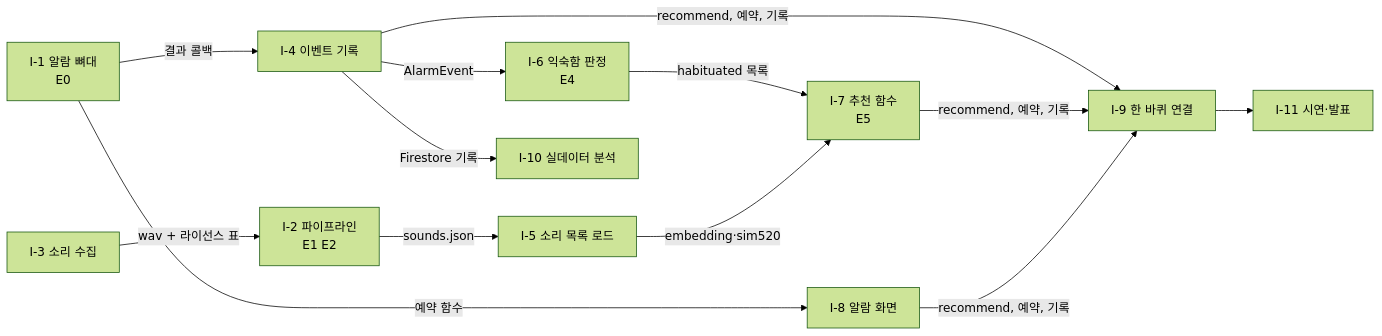
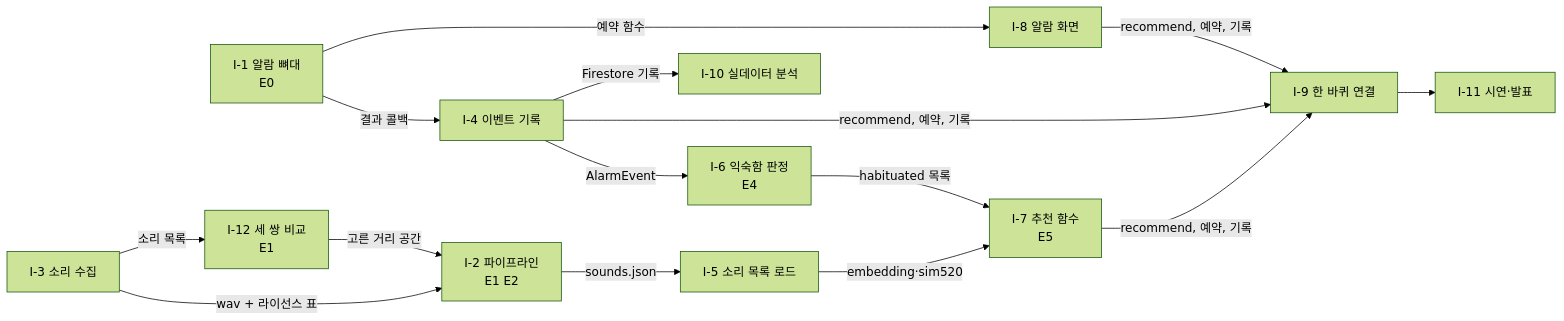
Before and after one commit to lyw012012-cpu/appa-anjanda: the diagram in docs/issues-draft.md, drawn with Mermaid (forest theme). The commit also changed other lines of this file and 3 other files, not shown here.

````diff
--- a/docs/issues-draft.md
+++ b/docs/issues-draft.md
@@ -24,13 +24,15 @@
 ```mermaid
 flowchart LR
   I1[I-1 알람 뼈대<br/>E0] -->|결과 콜백| I4[I-4 이벤트 기록]
   I1 -->|예약 함수| I8[I-8 알람 화면]
   I3[I-3 소리 수집] -->|wav + 라이선스 표| I2[I-2 파이프라인<br/>E1 E2]
+  I3 -->|소리 목록| I12[I-12 세 쌍 비교<br/>E1]
+  I12 -->|고른 거리 공간| I2
   I2 -->|sounds.json| I5[I-5 소리 목록 로드]
   I4 -->|AlarmEvent| I6[I-6 익숙함 판정<br/>E4]
   I6 -->|habituated 목록| I7[I-7 추천 함수<br/>E5]
   I5 -->|embedding·sim520| I7
   I4 & I7 & I8 -->|recommend, 예약, 기록| I9[I-9 한 바퀴 연결]
   I4 -->|Firestore 기록| I10[I-10 실데이터 분석]
   I9 --> I11[I-11 시연·발표]
 ```
````
